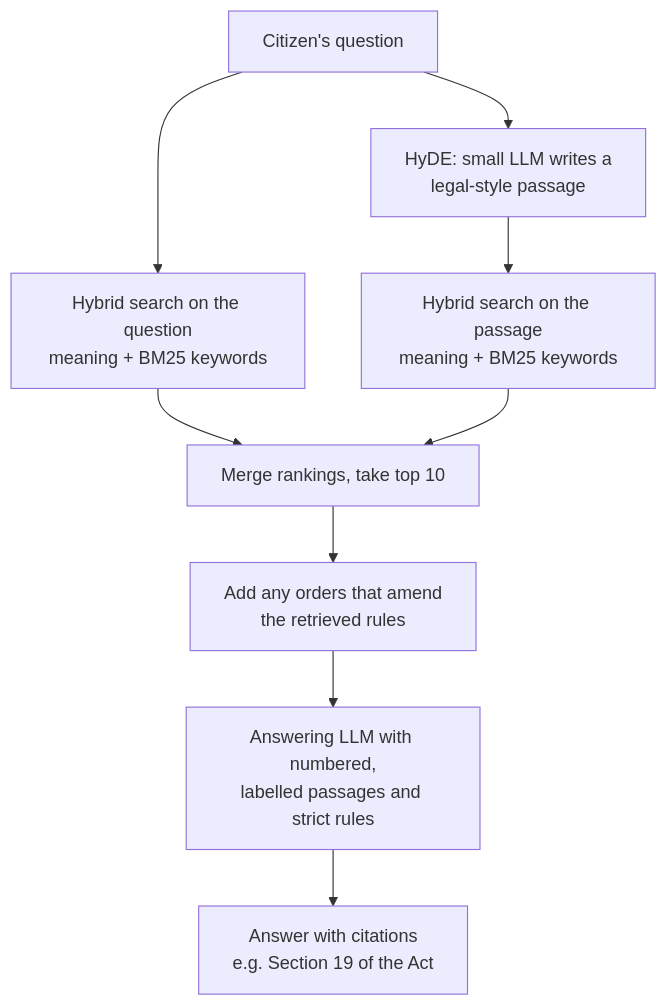
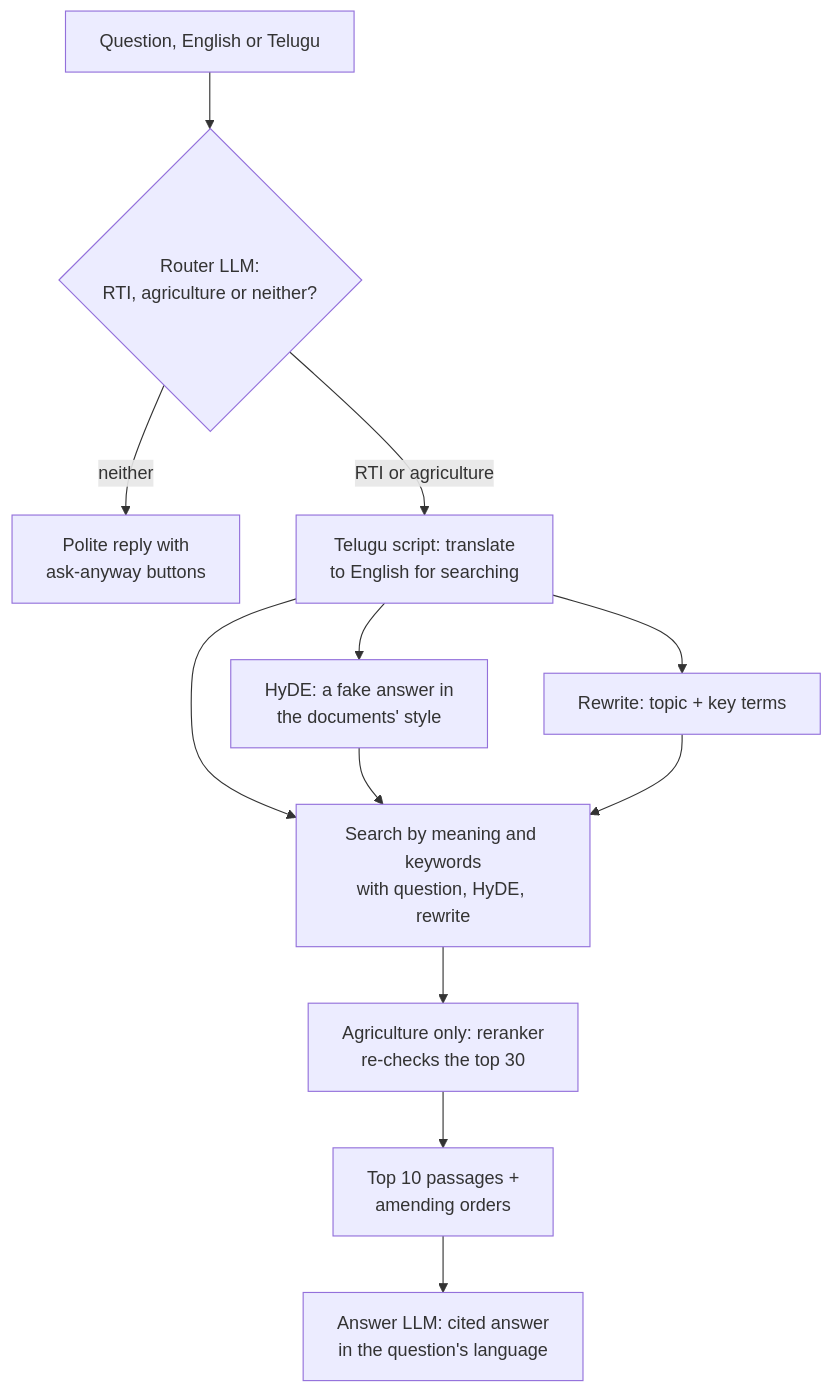
Before and after one commit to Nikhilkarur/VETRA: the diagram in README.md, drawn with Mermaid. The commit also changed other lines of this file and 3 other files, not shown here.

````diff
--- a/README.md
+++ b/README.md
@@ -238,11 +272,14 @@
 ```mermaid
 flowchart TD
-    Q[Citizen's question] --> H[HyDE: small LLM writes a<br/>legal-style passage]
-    Q --> S1[Hybrid search on the question<br/>meaning + BM25 keywords]
-    H --> S2[Hybrid search on the passage<br/>meaning + BM25 keywords]
-    S1 --> F[Merge rankings, take top 10]
-    S2 --> F
-    F --> A[Add any orders that amend<br/>the retrieved rules]
-    A --> L[Answering LLM with numbered,<br/>labelled passages and strict rules]
-    L --> R[Answer with citations<br/>e.g. Section 19 of the Act]
+    Q[Question, English or Telugu] --> R{Router LLM:<br/>RTI, agriculture or neither?}
+    R -- neither --> X[Polite reply with<br/>ask-anyway buttons]
+    R -- RTI or agriculture --> T[Telugu script: translate<br/>to English for searching]
+    T --> H[HyDE: a fake answer in<br/>the documents' style]
+    T --> W[Rewrite: topic + key terms]
+    T --> S[Search by meaning and keywords<br/>with question, HyDE, rewrite]
+    H --> S
+    W --> S
+    S --> RR[Agriculture only: reranker<br/>re-checks the top 30]
+    RR --> K[Top 10 passages +<br/>amending orders]
+    K --> A[Answer LLM: cited answer<br/>in the question's language]
 ```
````
